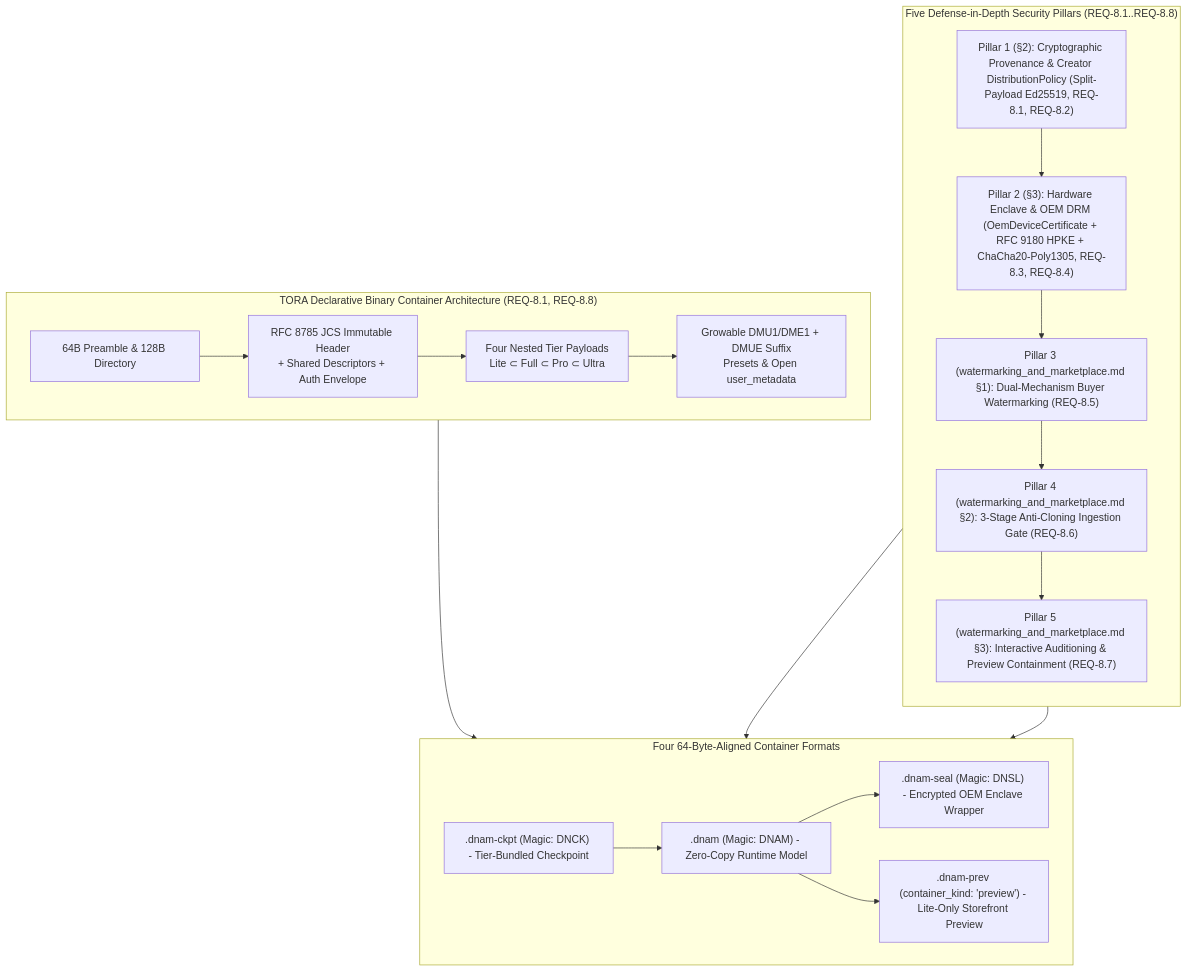
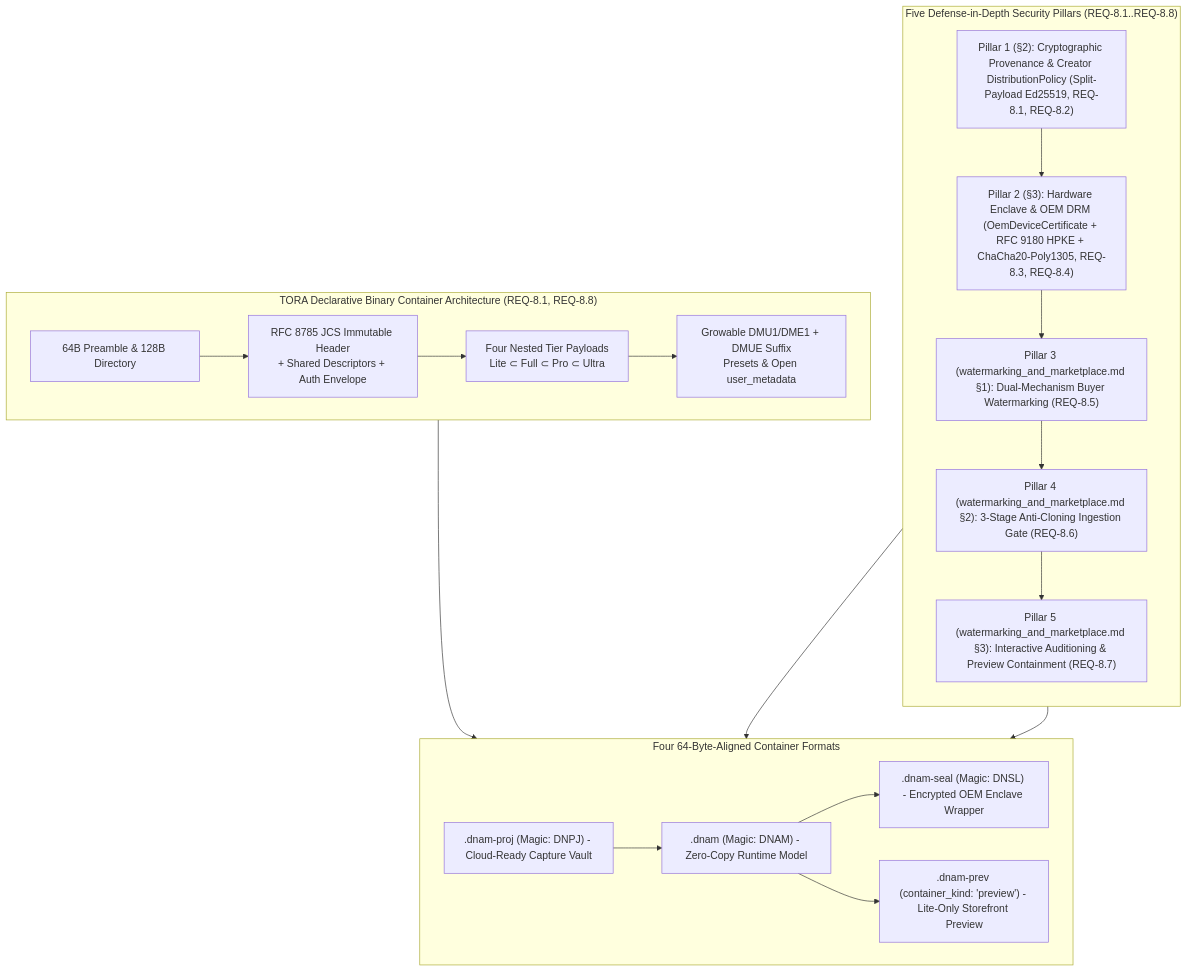
Before and after one commit to dnam-project/dnam: the first of 2 diagrams in docs/specs/security/provenance_and_enclave_drm.md, drawn with Mermaid. The commit also changed 232 other files, not shown here.

````diff
--- a/docs/specs/security/provenance_and_enclave_drm.md
+++ b/docs/specs/security/provenance_and_enclave_drm.md
@@ -33,32 +33,32 @@
 ```mermaid
 flowchart TB
     subgraph Container ["TORA Declarative Binary Container Architecture (REQ-8.1, REQ-8.8)"]
         direction LR
         Preamble["64B Preamble & 128B Directory"] --> Header["RFC 8785 JCS Immutable Header<br/>+ Shared Descriptors + Auth Envelope"]
         Header --> Arenas["Four Nested Tier Payloads<br/>Lite ⊂ Full ⊂ Pro ⊂ Ultra"]
         Arenas --> Mutable["Growable DMU1/DME1 + DMUE Suffix<br/>Presets & Open user_metadata"]
     end
 
     subgraph Formats ["Four 64-Byte-Aligned Container Formats"]
         direction LR
-        F_CKPT[".dnam-ckpt (Magic: DNCK) - Tier-Bundled Checkpoint"]
+        F_PROJ[".dnam-proj (Magic: DNPJ) - Cloud-Ready Capture Vault"]
         F_DNAM[".dnam (Magic: DNAM) - Zero-Copy Runtime Model"]
         F_SEAL[".dnam-seal (Magic: DNSL) - Encrypted OEM Enclave Wrapper"]
         F_PREV[".dnam-prev (container_kind: 'preview') - Lite-Only Storefront Preview"]
-        F_CKPT --> F_DNAM --> F_SEAL
+        F_PROJ --> F_DNAM --> F_SEAL
         F_DNAM --> F_PREV
     end
 
     subgraph Pillars ["Five Defense-in-Depth Security Pillars (REQ-8.1..REQ-8.8)"]
         direction TB
         P1["Pillar 1 (§2): Cryptographic Provenance & Creator DistributionPolicy (Split-Payload Ed25519, REQ-8.1, REQ-8.2)"]
         P2["Pillar 2 (§3): Hardware Enclave & OEM DRM (OemDeviceCertificate + RFC 9180 HPKE + ChaCha20-Poly1305, REQ-8.3, REQ-8.4)"]
         P3["Pillar 3 (watermarking_and_marketplace.md §1): Dual-Mechanism Buyer Watermarking (REQ-8.5)"]
         P4["Pillar 4 (watermarking_and_marketplace.md §2): 3-Stage Anti-Cloning Ingestion Gate (REQ-8.6)"]
         P5["Pillar 5 (watermarking_and_marketplace.md §3): Interactive Auditioning & Preview Containment (REQ-8.7)"]
         P1 --> P2 --> P3 --> P4 --> P5
     end
 
     Container --> Formats
     P1 & P2 --> Formats
 ```
````
